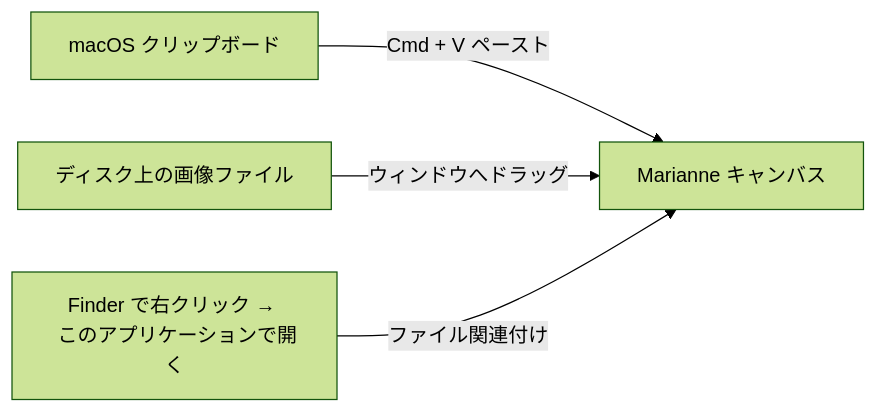
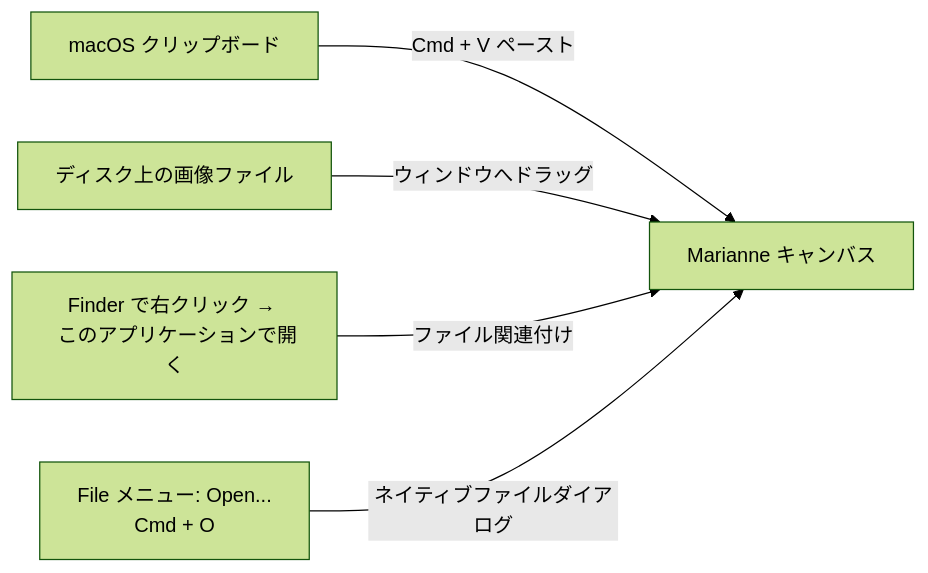
Before and after one commit to takecy/marianne: the diagram in site/src/content/docs/ja/image-input.mdx, drawn with Mermaid (forest theme). The commit also changed other lines of this file and 62 other files, not shown here.

````diff
--- a/site/src/content/docs/ja/image-input.mdx
+++ b/site/src/content/docs/ja/image-input.mdx
@@ -12,6 +12,7 @@
 ```mermaid
 flowchart LR
   C[macOS クリップボード] -->|Cmd + V ペースト| M[Marianne キャンバス]
   F[ディスク上の画像ファイル] -->|ウィンドウへドラッグ| M
   R[Finder で右クリック → <br/> このアプリケーションで開く] -->|ファイル関連付け| M
+  O[File メニュー: Open... <br/> Cmd + O] -->|ネイティブファイルダイアログ| M
 ```
````
